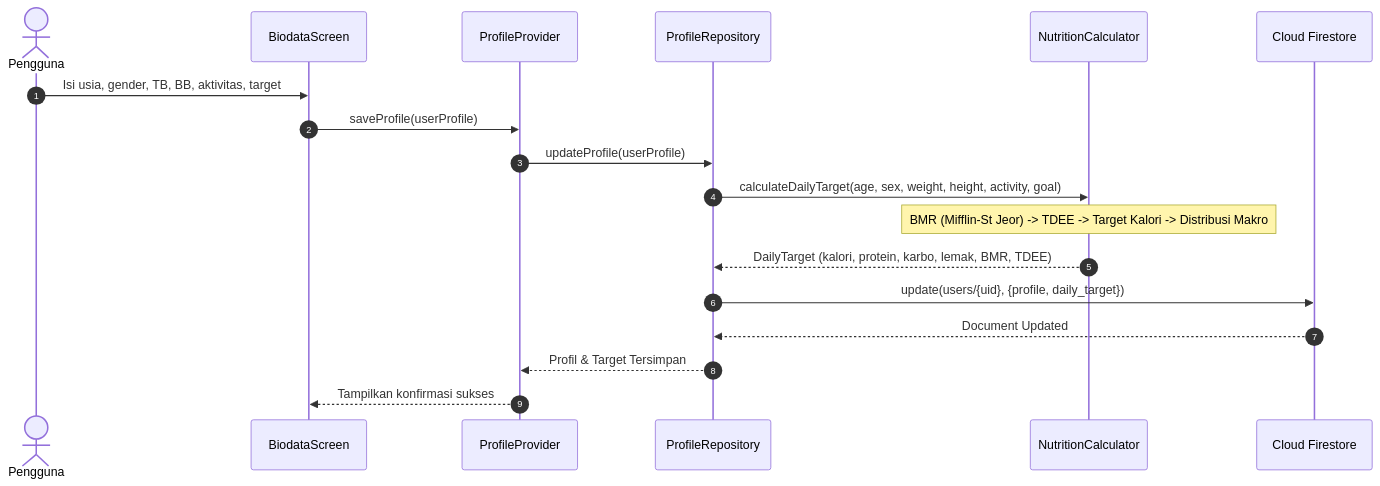
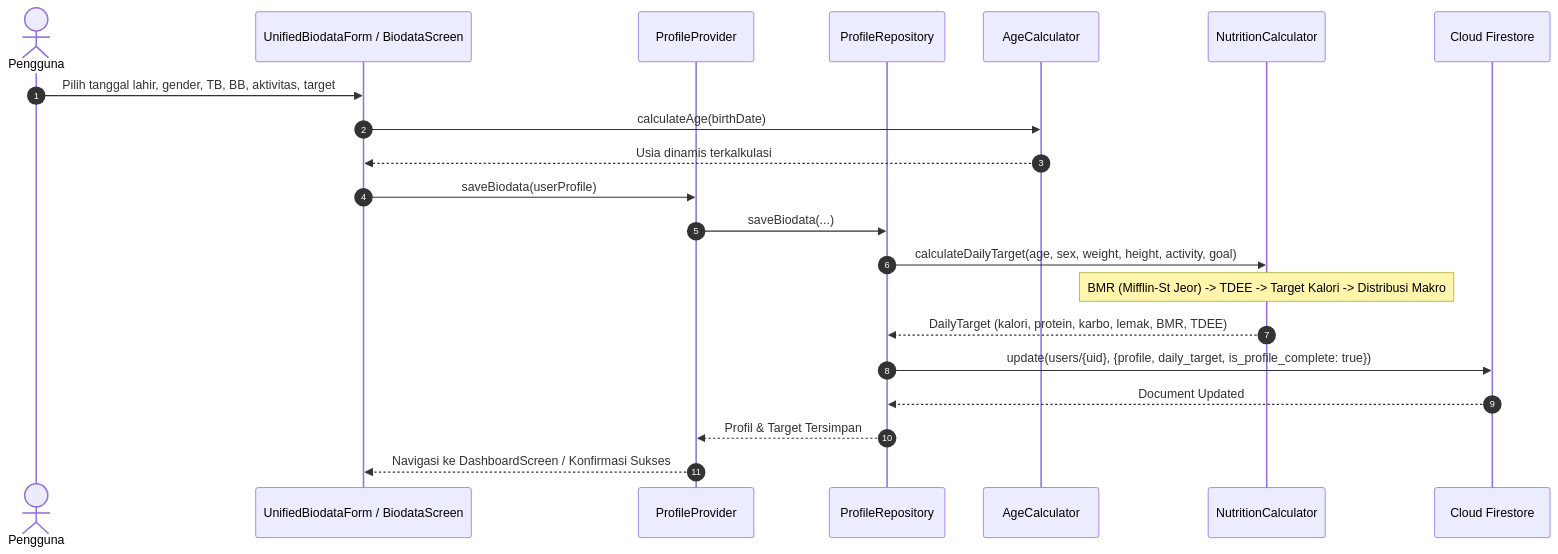
Before and after one commit to ahmadbadawiTzy/OopsieEats: the third of 4 diagrams in docs/ARCHITECTURE.md, drawn with Mermaid. The commit also changed other lines of this file and 635 other files, not shown here.

````diff
--- a/docs/ARCHITECTURE.md
+++ b/docs/ARCHITECTURE.md
@@ -199,21 +266,24 @@
 ```mermaid
 sequenceDiagram
     autonumber
     actor Pengguna
-    participant BiodataUI as BiodataScreen
+    participant BiodataUI as UnifiedBiodataForm / BiodataScreen
     participant ProfileProv as ProfileProvider
     participant ProfileRepo as ProfileRepository
+    participant AgeCalc as AgeCalculator
     participant NutriCalc as NutritionCalculator
     participant Firestore as Cloud Firestore
 
-    Pengguna->>BiodataUI: Isi usia, gender, TB, BB, aktivitas, target
-    BiodataUI->>ProfileProv: saveProfile(userProfile)
-    ProfileProv->>ProfileRepo: updateProfile(userProfile)
+    Pengguna->>BiodataUI: Pilih tanggal lahir, gender, TB, BB, aktivitas, target
+    BiodataUI->>AgeCalc: calculateAge(birthDate)
+    AgeCalc-->>BiodataUI: Usia dinamis terkalkulasi
+    BiodataUI->>ProfileProv: saveBiodata(userProfile)
+    ProfileProv->>ProfileRepo: saveBiodata(...)
     ProfileRepo->>NutriCalc: calculateDailyTarget(age, sex, weight, height, activity, goal)
     Note over NutriCalc: BMR (Mifflin-St Jeor) -> TDEE -> Target Kalori -> Distribusi Makro
     NutriCalc-->>ProfileRepo: DailyTarget (kalori, protein, karbo, lemak, BMR, TDEE)
-    ProfileRepo->>Firestore: update(users/{uid}, {profile, daily_target})
+    ProfileRepo->>Firestore: update(users/{uid}, {profile, daily_target, is_profile_complete: true})
     Firestore-->>ProfileRepo: Document Updated
     ProfileRepo-->>ProfileProv: Profil & Target Tersimpan
-    ProfileProv-->>BiodataUI: Tampilkan konfirmasi sukses
+    ProfileProv-->>BiodataUI: Navigasi ke DashboardScreen / Konfirmasi Sukses
 ```
````
